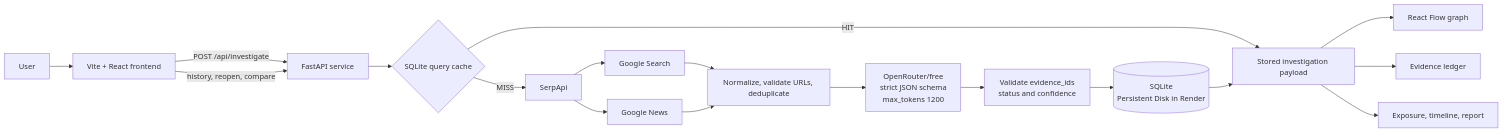
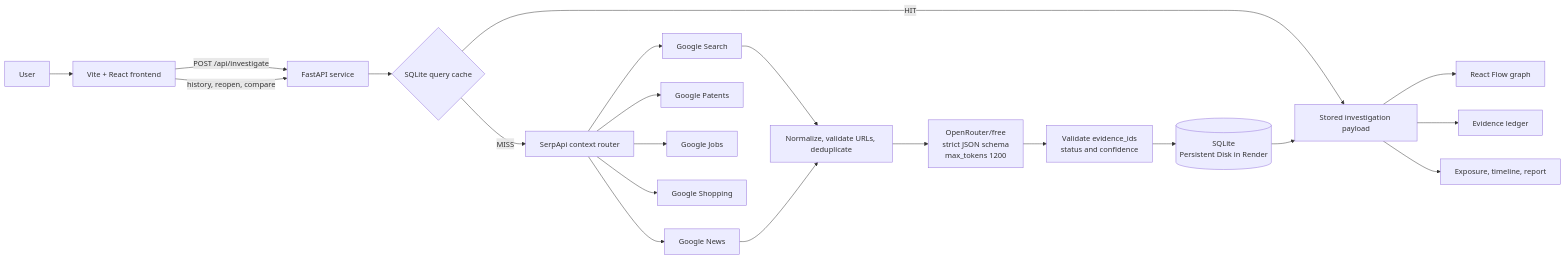
The diagram in README.md (Vijayalakshmi2608/chaintrace), drawn with Mermaid before and after one commit. The commit also changed other lines of this file and 6 other files, not shown here.

````diff
--- a/README.md
+++ b/README.md
@@ -74,20 +75,23 @@
 ```mermaid
 flowchart LR
     U[User] --> FE[Vite + React frontend]
     FE -->|POST /api/investigate| API[FastAPI service]
     FE -->|history, reopen, compare| API
     API --> CACHE{SQLite query cache}
     CACHE -->|HIT| RESULT[Stored investigation payload]
-    CACHE -->|MISS| SERP[SerpApi]
+    CACHE -->|MISS| SERP[SerpApi context router]
     SERP --> SEARCH[Google Search]
     SERP --> NEWS[Google News]
+    SERP --> PATENTS[Google Patents]
+    SERP --> JOBS[Google Jobs]
+    SERP --> SHOPPING[Google Shopping]
     SEARCH --> NORM[Normalize, validate URLs, deduplicate]
     NEWS --> NORM
     NORM --> AI[OpenRouter/free\nstrict JSON schema\nmax_tokens 1200]
     AI --> VALIDATE[Validate evidence_ids\nstatus and confidence]
     VALIDATE --> DB[(SQLite\nPersistent Disk in Render)]
     DB --> RESULT
     RESULT --> GRAPH[React Flow graph]
     RESULT --> LEDGER[Evidence ledger]
     RESULT --> INSIGHTS[Exposure, timeline, report]
 ```
````
